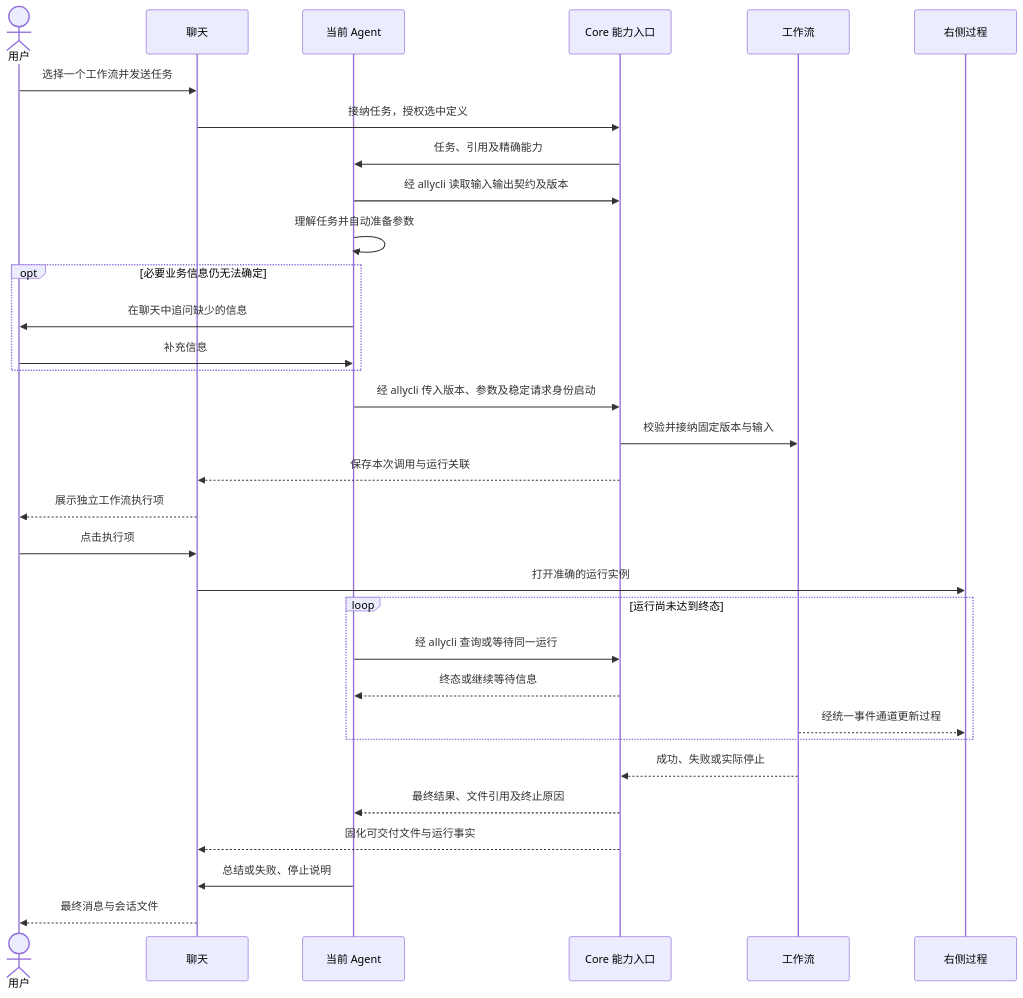
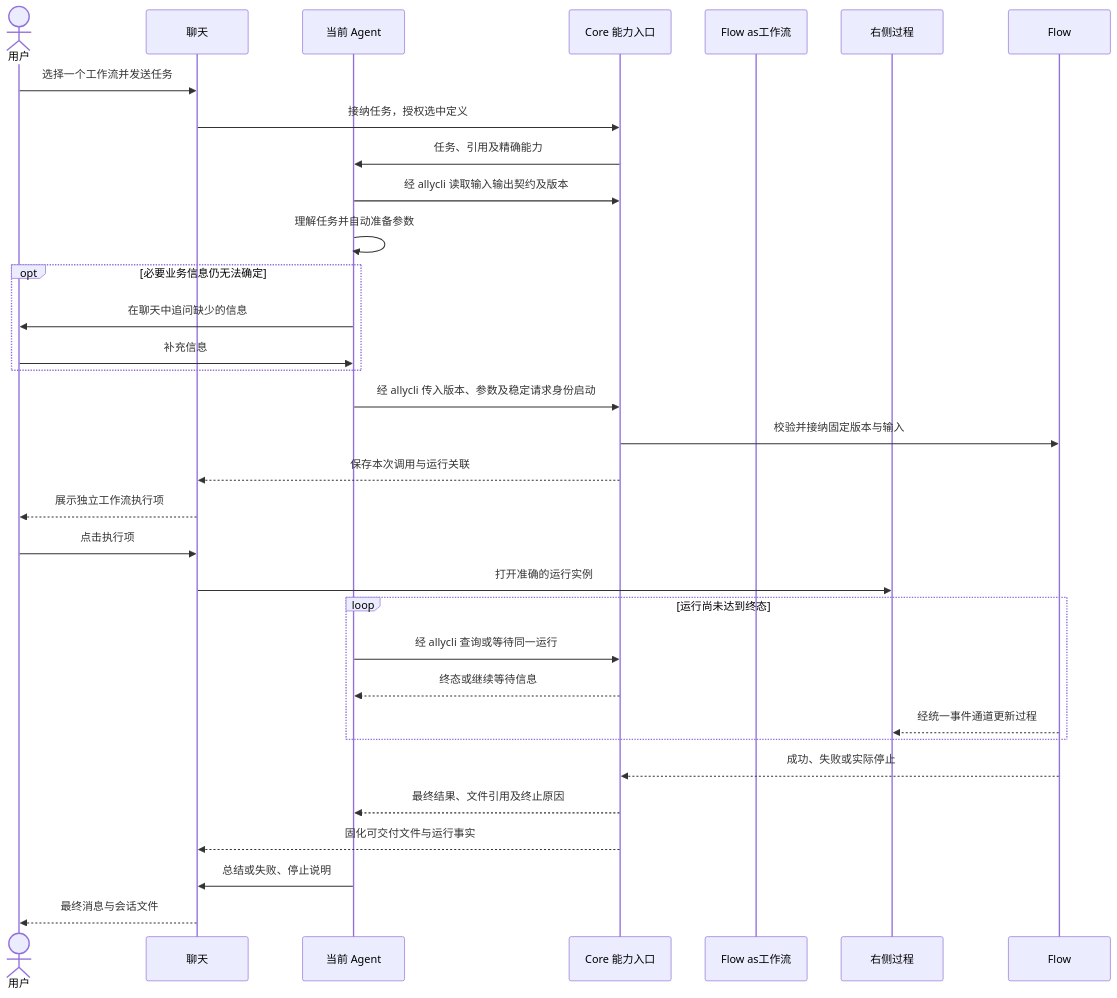
The second of 2 diagrams in docs/discussions/workflow-agent-chat-cn.md (JieWaZi/NeuxBot), drawn with Mermaid before and after one commit. The commit also changed other lines of this file and 371 other files, not shown here.

````diff
--- a/docs/discussions/workflow-agent-chat-cn.md
+++ b/docs/discussions/workflow-agent-chat-cn.md
@@ -76,34 +76,34 @@
 ```mermaid
 sequenceDiagram
   actor User as 用户
   participant Chat as 聊天
   participant Agent as 当前 Agent
   participant Core as Core 能力入口
-  participant Flow as 工作流
+  participant Flow as工作流
   participant Panel as 右侧过程
   User->>Chat: 选择一个工作流并发送任务
   Chat->>Core: 接纳任务，授权选中定义
   Core->>Agent: 任务、引用及精确能力
   Agent->>Core: 经 allycli 读取输入输出契约及版本
   Agent->>Agent: 理解任务并自动准备参数
   opt 必要业务信息仍无法确定
     Agent->>User: 在聊天中追问缺少的信息
     User->>Agent: 补充信息
   end
   Agent->>Core: 经 allycli 传入版本、参数及稳定请求身份启动
   Core->>Flow: 校验并接纳固定版本与输入
   Core-->>Chat: 保存本次调用与运行关联
   Chat-->>User: 展示独立工作流执行项
   User->>Chat: 点击执行项
   Chat->>Panel: 打开准确的运行实例
   loop 运行尚未达到终态
     Agent->>Core: 经 allycli 查询或等待同一运行
     Core-->>Agent: 终态或继续等待信息
     Flow-->>Panel: 经统一事件通道更新过程
   end
   Flow-->>Core: 成功、失败或实际停止
   Core-->>Agent: 最终结果、文件引用及终止原因
   Core-->>Chat: 固化可交付文件与运行事实
   Agent->>Chat: 总结或失败、停止说明
   Chat-->>User: 最终消息与会话文件
 ```
````
